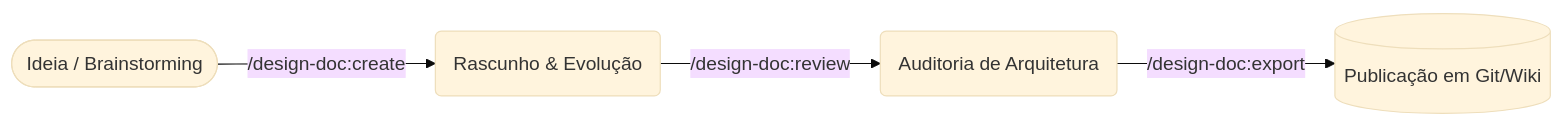
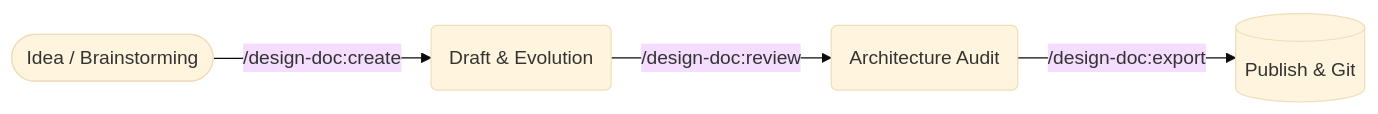
One commit to jeanmask/dede-agent changed the diagram in README.md. Above: the diagram before and after it, drawn with Mermaid (base theme). The commit also changed other lines of this file and 8 other files, not shown here.

````diff
--- a/README.md
+++ b/README.md
@@ -20,6 +20,6 @@
 ```mermaid
 flowchart LR
-    A([Ideia / Brainstorming]) -->|/design-doc:create| B(Rascunho & Evolução)
-    B -->|/design-doc:review| C(Auditoria de Arquitetura)
-    C -->|/design-doc:export| D[(Publicação em Git/Wiki)]
+    A([Idea / Brainstorming]) -->|/design-doc:create| B(Draft & Evolution)
+    B -->|/design-doc:review| C(Architecture Audit)
+    C -->|/design-doc:export| D[(Publish & Git)]
 ```
````
